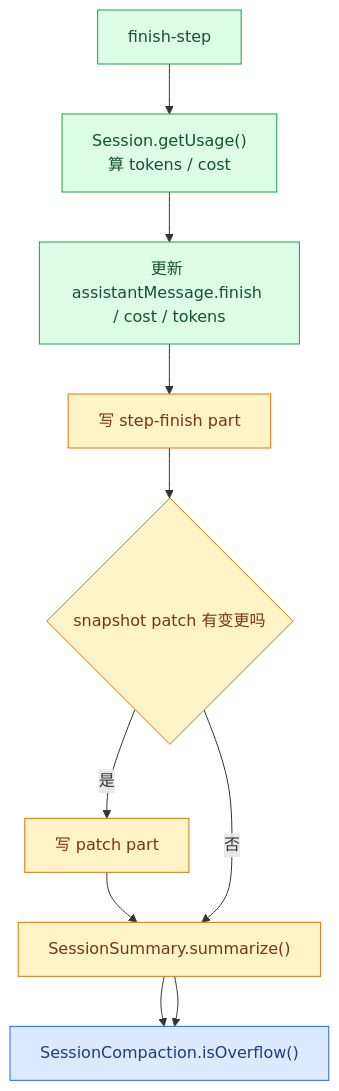
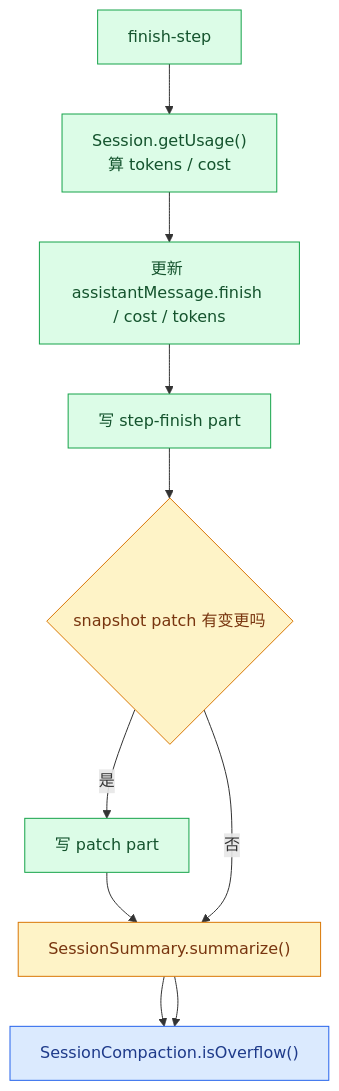
Before and after one commit to feuyeux/agent-study: the ninth of 22 diagrams in opencode_kickoff/A07-durable-state.md, drawn with Mermaid. The commit also changed other lines of this file, not shown here.

Commit message:
docs(opencode_kickoff): unify A07 diagram colors

````diff
--- a/opencode_kickoff/A07-durable-state.md
+++ b/opencode_kickoff/A07-durable-state.md
@@ -404,25 +400,25 @@
 ```mermaid
 flowchart TD
     Finish["finish-step"]
     Usage["Session.getUsage()<br/>算 tokens / cost"]
     Msg["更新 assistantMessage.finish / cost / tokens"]
     StepPart["写 step-finish part"]
     Patch{"snapshot patch 有变更吗"}
     PatchPart["写 patch part"]
     Summary["SessionSummary.summarize()"]
     Overflow["SessionCompaction.isOverflow()"]
 
     Finish --> Usage --> Msg
     Msg --> StepPart
     StepPart --> Patch
     Patch -- 是 --> PatchPart --> Summary --> Overflow
     Patch -- 否 --> Summary --> Overflow
 
     classDef producer fill:#DCFCE7,stroke:#16A34A,color:#14532D;
     classDef consumer fill:#DBEAFE,stroke:#2563EB,color:#1E3A8A;
     classDef bridge fill:#FEF3C7,stroke:#D97706,color:#78350F;
 
-    class Finish,Usage,Msg producer;
+    class Finish,Usage,Msg,StepPart,PatchPart producer;
     class Overflow consumer;
-    class StepPart,Patch,PatchPart,Summary bridge;
+    class Patch,Summary bridge;
 ```
````
